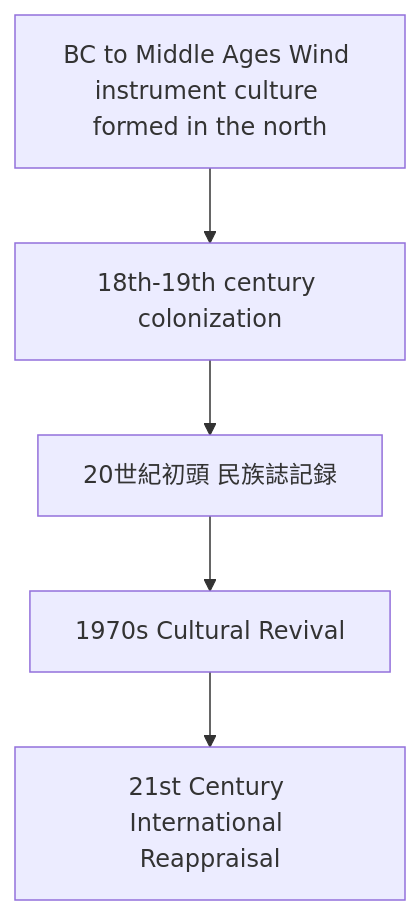
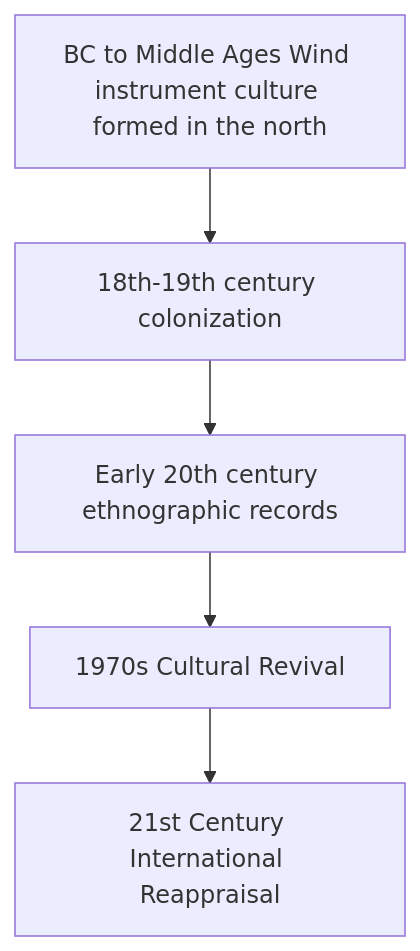
The first of 2 diagrams in en/_posts/2026-01-16-column-didgeridoo-sound.md (monumental-movement/monumental-movement.github.io), drawn with Mermaid before and after one commit. The commit also changed other lines of this file and 422 other files, not shown here.

```diff
--- a/en/_posts/2026-01-16-column-didgeridoo-sound.md
+++ b/en/_posts/2026-01-16-column-didgeridoo-sound.md
@@ -139,7 +139,7 @@
 <div class="mermaid">
 flowchart TD
     A[BC to Middle Ages Wind instrument culture formed in the north] --> B[18th-19th century colonization]
-    B --> C[20世紀初頭 民族誌記録]
+    B --> C[Early 20th century ethnographic records]
     C --> D[1970s Cultural Revival]
     D --> E[21st Century International Reappraisal]
 </div>
```
